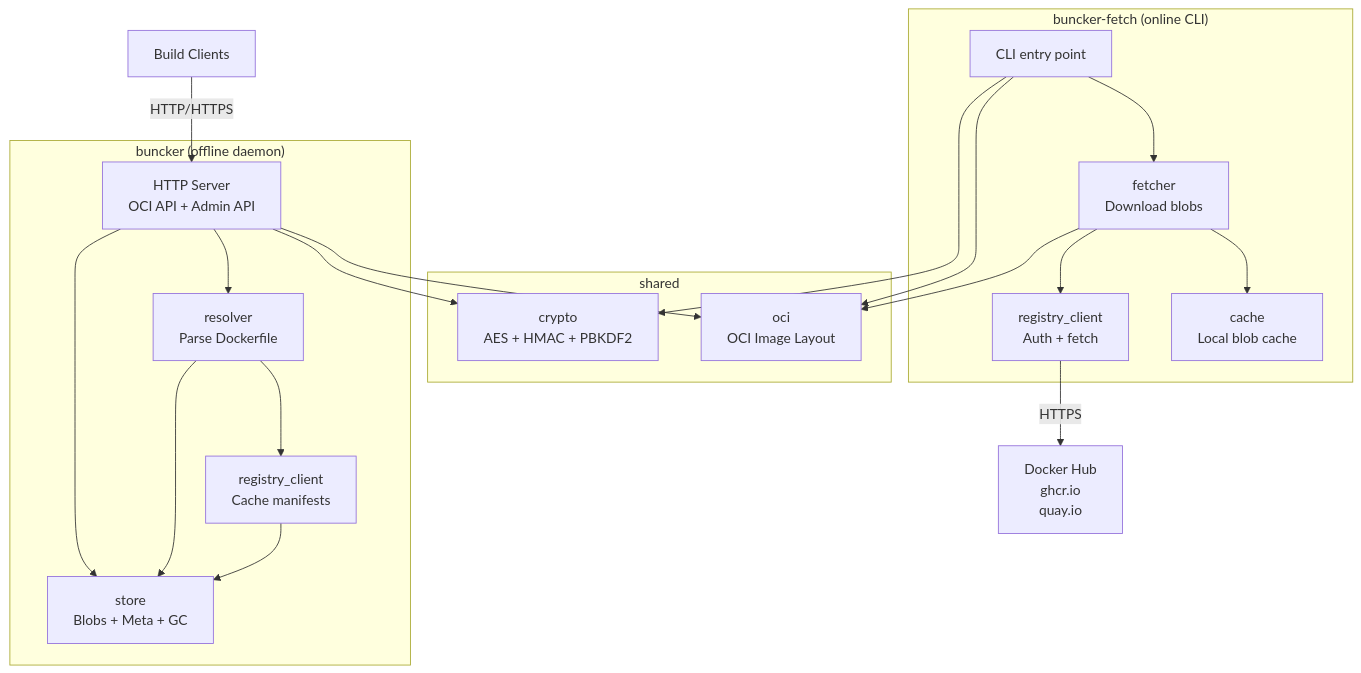
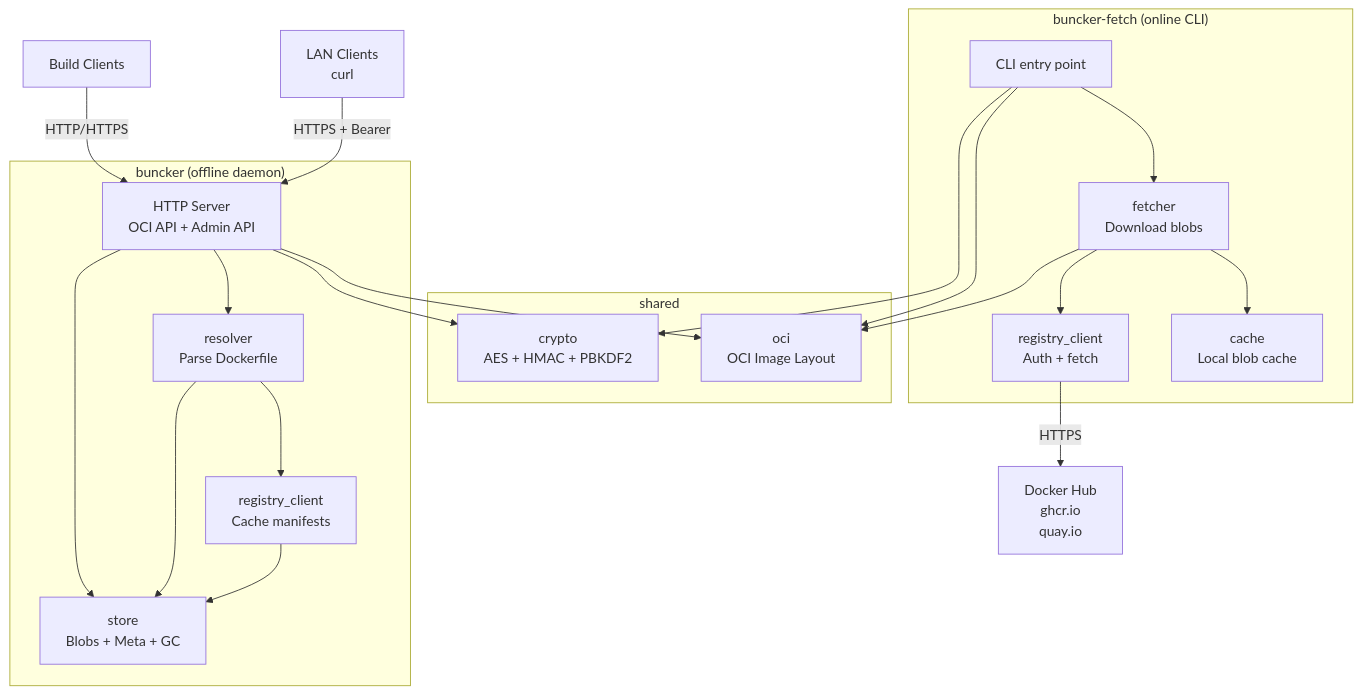
One commit to Rwx-G/Buncker changed the diagram in docs/architecture/5-components.md. Above: the diagram before and after it, drawn with Mermaid. The commit also changed other lines of this file and 25 other files, not shown here.

````diff
--- a/docs/architecture/5-components.md
+++ b/docs/architecture/5-components.md
@@ -73,38 +80,39 @@
 ```mermaid
 graph TB
     subgraph "buncker (offline daemon)"
         SERVER[HTTP Server<br/>OCI API + Admin API]
         RESOLVER[resolver<br/>Parse Dockerfile]
         REGCLIENT_OFF[registry_client<br/>Cache manifests]
         STORE[store<br/>Blobs + Meta + GC]
         SERVER --> RESOLVER
         SERVER --> STORE
         RESOLVER --> REGCLIENT_OFF
         RESOLVER --> STORE
         REGCLIENT_OFF --> STORE
     end
 
     subgraph "shared"
         CRYPTO[crypto<br/>AES + HMAC + PBKDF2]
         OCI[oci<br/>OCI Image Layout]
     end
 
     subgraph "buncker-fetch (online CLI)"
         CLI[CLI entry point]
         FETCHER[fetcher<br/>Download blobs]
         REGCLIENT_ON[registry_client<br/>Auth + fetch]
         CACHE[cache<br/>Local blob cache]
         CLI --> FETCHER
         FETCHER --> REGCLIENT_ON
         FETCHER --> CACHE
     end
 
     SERVER --> CRYPTO
     SERVER --> OCI
     CLI --> CRYPTO
     CLI --> OCI
     FETCHER --> OCI
 
     REGCLIENT_ON -->|HTTPS| REGISTRIES[Docker Hub<br/>ghcr.io<br/>quay.io]
     DOCKER[Build Clients] -->|HTTP/HTTPS| SERVER
+    LANCLIENT[LAN Clients<br/>curl] -->|HTTPS + Bearer| SERVER
 ```
````
